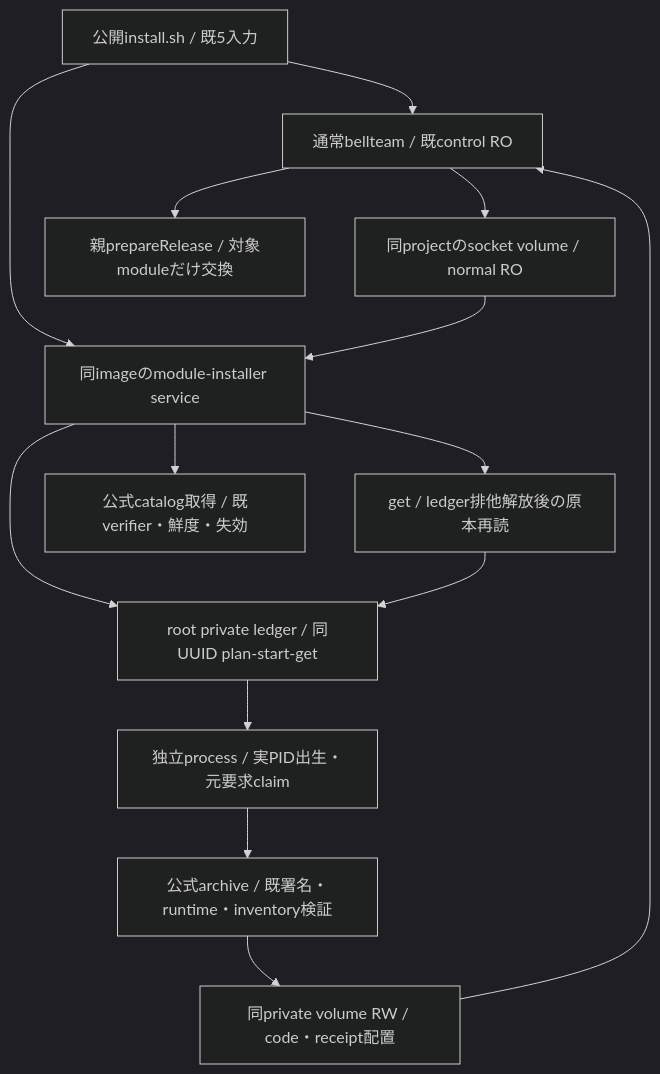
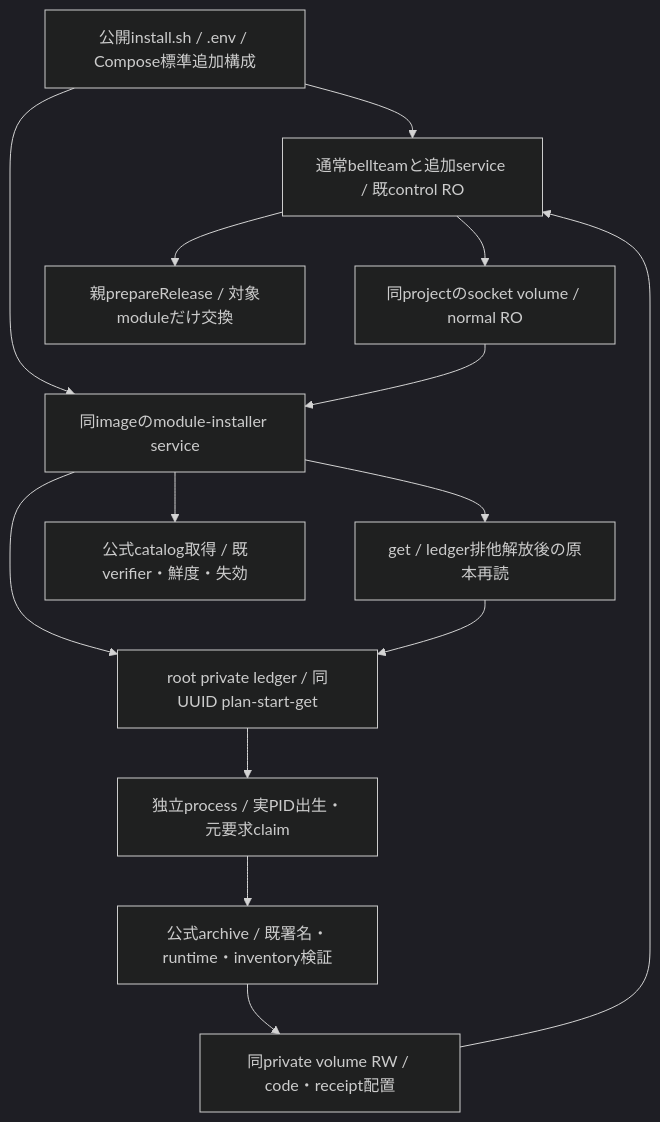
The diagram in docs/architecture/modules/runtime/module-installer.md (kitepon/BellTeam), drawn with Mermaid (dark theme) before and after one commit. The commit also changed other lines of this file and 8 other files, not shown here.

````diff
--- a/docs/architecture/modules/runtime/module-installer.md
+++ b/docs/architecture/modules/runtime/module-installer.md
@@ -7,16 +7,16 @@
 ```mermaid
 flowchart TD
-  Install[公開install.sh / 既5入力] --> Normal[通常bellteam / 既control RO]
+  Install[公開install.sh / .env / Compose標準追加構成] --> Normal[通常bellteamと追加service / 既control RO]
   Install --> Backend[同imageのmodule-installer service]
   Normal --> Socket[同projectのsocket volume / normal RO]
   Socket --> Backend
   Backend --> Ledger[root private ledger / 同UUID plan-start-get]
   Backend --> Get[get / ledger排他解放後の原本再読]
   Get --> Ledger
   Backend --> Catalog[公式catalog取得 / 既verifier・鮮度・失効]
   Ledger --> Worker[独立process / 実PID出生・元要求claim]
   Worker --> Verify[公式archive / 既署名・runtime・inventory検証]
   Verify --> Store[同private volume RW / code・receipt配置]
   Store --> Normal
   Normal --> Exchange[親prepareRelease / 対象moduleだけ交換]
 ```
````
